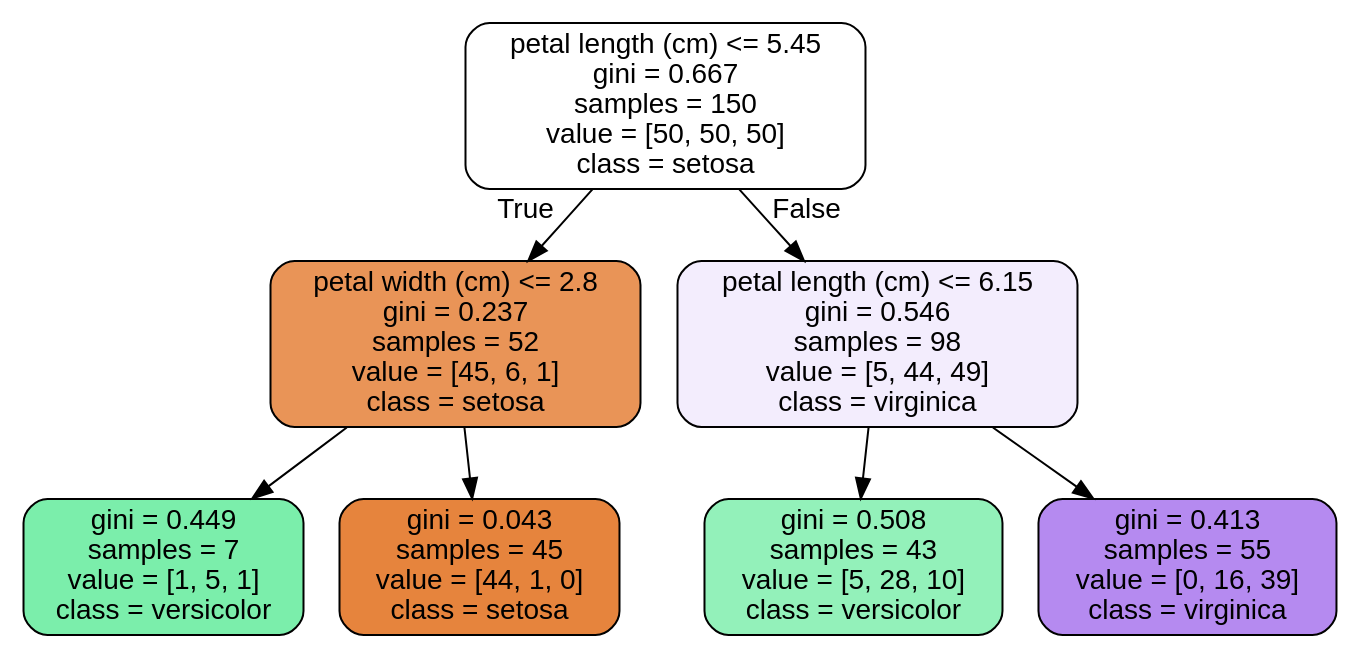
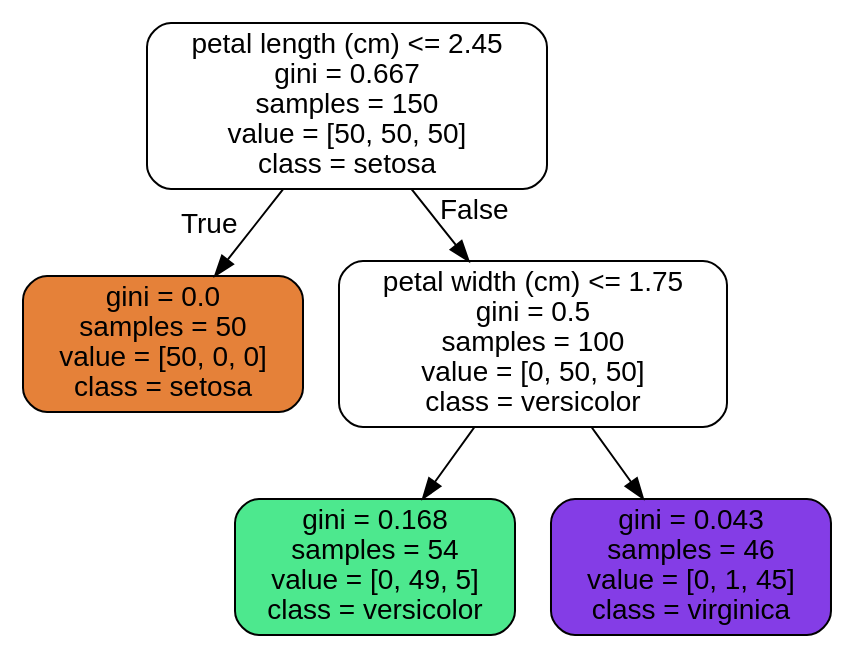
The diagram in images/iris_tree.dot (MarkJasonE/DecisionTrees), drawn with Graphviz before and after one commit. The commit also changed 5 other files, not shown here.

```diff
--- a/images/iris_tree.dot
+++ b/images/iris_tree.dot
@@ -1,17 +1,13 @@
 digraph Tree {
 node [shape=box, style="filled, rounded", color="black", fontname=helvetica] ;
 edge [fontname=helvetica] ;
-0 [label="petal length (cm) <= 5.45\ngini = 0.667\nsamples = 150\nvalue = [50, 50, 50]\nclass = setosa", fillcolor="#ffffff"] ;
-1 [label="petal width (cm) <= 2.8\ngini = 0.237\nsamples = 52\nvalue = [45, 6, 1]\nclass = setosa", fillcolor="#e99457"] ;
+0 [label="petal length (cm) <= 2.45\ngini = 0.667\nsamples = 150\nvalue = [50, 50, 50]\nclass = setosa", fillcolor="#ffffff"] ;
+1 [label="gini = 0.0\nsamples = 50\nvalue = [50, 0, 0]\nclass = setosa", fillcolor="#e58139"] ;
 0 -> 1 [labeldistance=2.5, labelangle=45, headlabel="True"] ;
-2 [label="gini = 0.449\nsamples = 7\nvalue = [1, 5, 1]\nclass = versicolor", fillcolor="#7beeab"] ;
-1 -> 2 ;
-3 [label="gini = 0.043\nsamples = 45\nvalue = [44, 1, 0]\nclass = setosa", fillcolor="#e6843d"] ;
-1 -> 3 ;
-4 [label="petal length (cm) <= 6.15\ngini = 0.546\nsamples = 98\nvalue = [5, 44, 49]\nclass = virginica", fillcolor="#f3edfd"] ;
-0 -> 4 [labeldistance=2.5, labelangle=-45, headlabel="False"] ;
-5 [label="gini = 0.508\nsamples = 43\nvalue = [5, 28, 10]\nclass = versicolor", fillcolor="#93f1ba"] ;
-4 -> 5 ;
-6 [label="gini = 0.413\nsamples = 55\nvalue = [0, 16, 39]\nclass = virginica", fillcolor="#b58af0"] ;
-4 -> 6 ;
+2 [label="petal width (cm) <= 1.75\ngini = 0.5\nsamples = 100\nvalue = [0, 50, 50]\nclass = versicolor", fillcolor="#ffffff"] ;
+0 -> 2 [labeldistance=2.5, labelangle=-45, headlabel="False"] ;
+3 [label="gini = 0.168\nsamples = 54\nvalue = [0, 49, 5]\nclass = versicolor", fillcolor="#4de88e"] ;
+2 -> 3 ;
+4 [label="gini = 0.043\nsamples = 46\nvalue = [0, 1, 45]\nclass = virginica", fillcolor="#843de6"] ;
+2 -> 4 ;
 }
```
